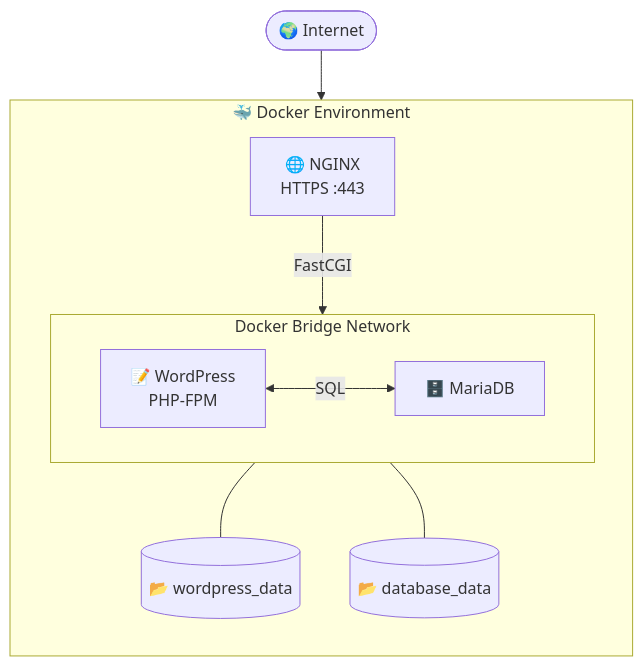
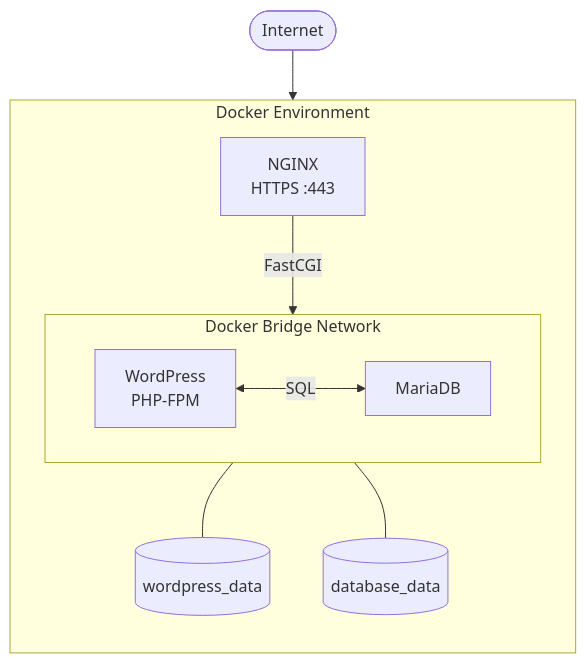
Before and after one commit to elel-m-b/Inception: the diagram in README.md, drawn with Mermaid. The commit also changed other lines of this file, not shown here.

Commit message:
update project architecture

````diff
--- a/README.md
+++ b/README.md
@@ -14,31 +14,31 @@
 ```mermaid
 flowchart TB
-    INTERNET([🌍 Internet])
+    INTERNET([Internet])
 
-    subgraph DOCKER["🐳 Docker Environment"]
+    subgraph DOCKER["Docker Environment"]
         direction TB
 
-        NGINX["🌐 NGINX
+        NGINX["NGINX
 HTTPS :443"]
 
         subgraph NETWORK["Docker Bridge Network"]
             direction LR
 
-            WP["📝 WordPress
+            WP["WordPress
 PHP-FPM"]
 
-            DB["🗄️ MariaDB"]
+            DB["MariaDB"]
         end
 
         NGINX -->|FastCGI| WP
         WP <-->|SQL| DB
 
-        WP_DATA[("📂 wordpress_data")]
-        DB_DATA[("📂 database_data")]
+        WP_DATA[("wordpress_data")]
+        DB_DATA[("database_data")]
 
         WP --- WP_DATA
         DB --- DB_DATA
     end
 
     INTERNET --> NGINX
 ```
````
